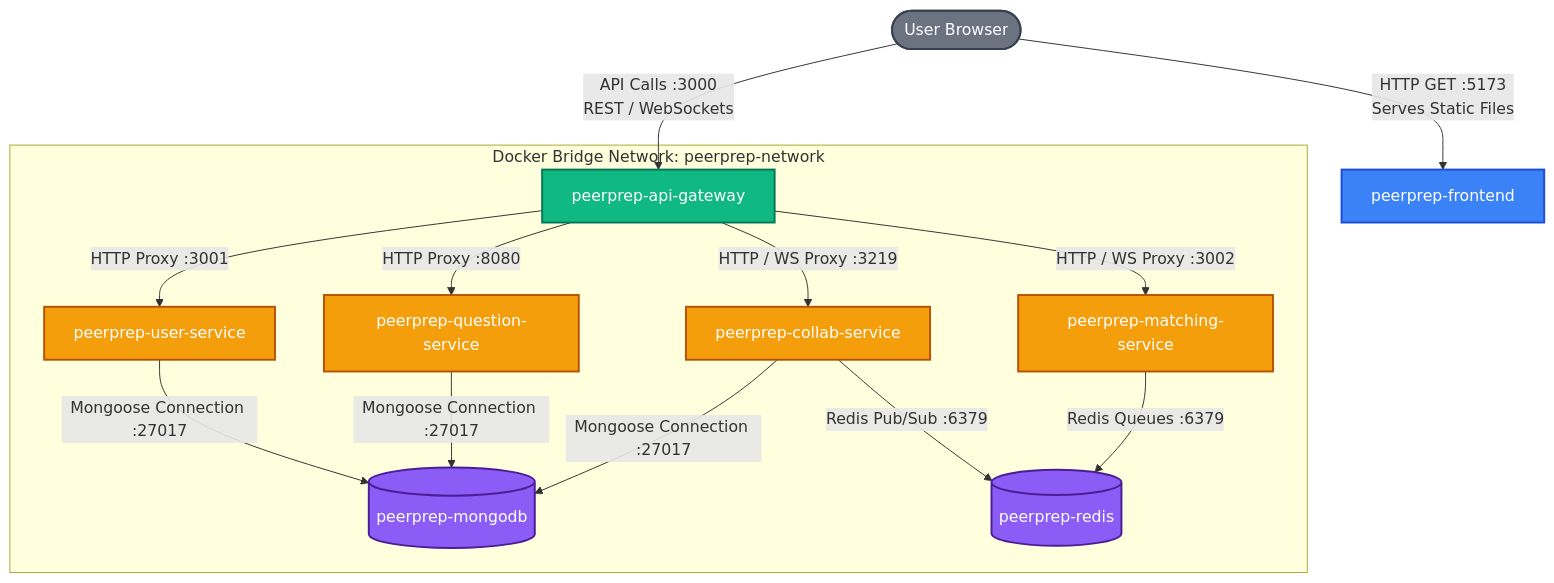
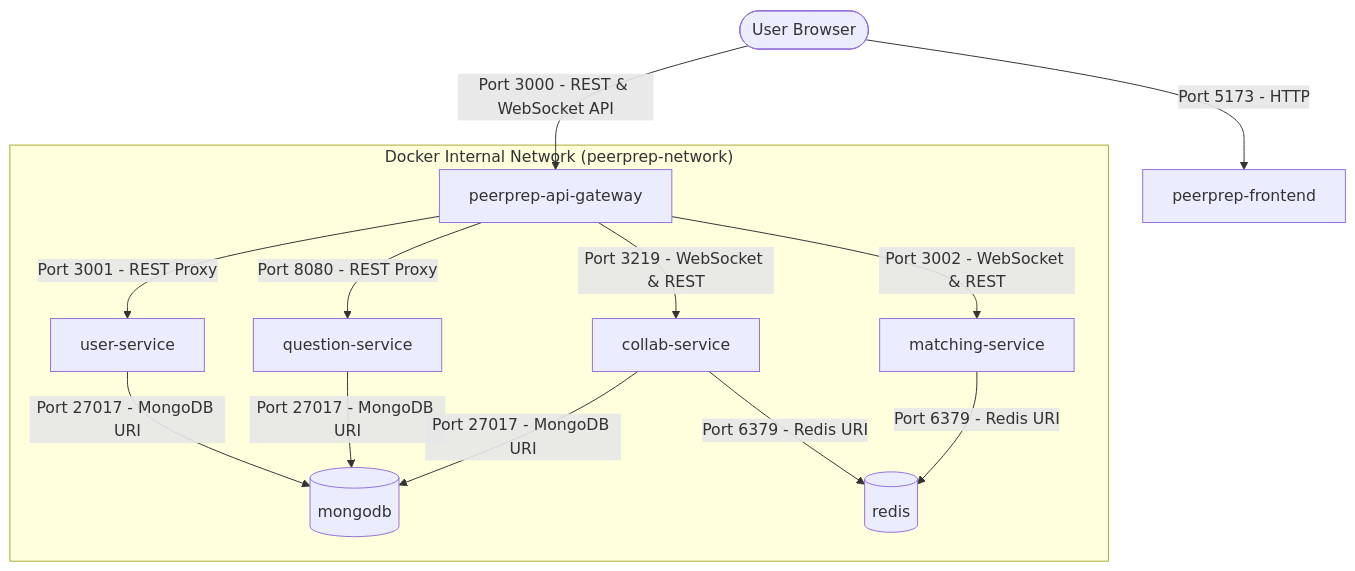
One commit to cjaycee/peerprep-g08 changed the diagram in containerization_report.md. Above: the diagram before and after it, drawn with Mermaid.

Commit message:
docs: simplify mermaid diagram

````diff
--- a/containerization_report.md
+++ b/containerization_report.md
@@ -58,25 +58,19 @@
 ```mermaid
 graph TD
-    classDef frontend fill:#3b82f6,stroke:#1d4ed8,stroke-width:2px,color:#fff;
-    classDef gateway fill:#10b981,stroke:#047857,stroke-width:2px,color:#fff;
-    classDef backend fill:#f59e0b,stroke:#b45309,stroke-width:2px,color:#fff;
-    classDef database fill:#8b5cf6,stroke:#4c1d95,stroke-width:2px,color:#fff;
-    classDef external fill:#6b7280,stroke:#374151,stroke-width:2px,color:#fff;
-
-    User([User Browser]):::external -->|HTTP GET :5173\nServes Static Files| Frontend[peerprep-frontend]:::frontend
-    User -->|API Calls :3000\nREST / WebSockets| Gateway[peerprep-api-gateway]:::gateway
+    User([User Browser]) -->|Port 5173 - HTTP| Frontend[peerprep-frontend]
+    User -->|Port 3000 - REST & WebSocket API| Gateway[peerprep-api-gateway]
     
-    subgraph Docker Internal Network [Docker Bridge Network: peerprep-network]
-        Gateway -->|HTTP Proxy :3001| UserSvc[peerprep-user-service]:::backend
-        Gateway -->|HTTP Proxy :8080| QuestionSvc[peerprep-question-service]:::backend
-        Gateway -->|HTTP / WS Proxy :3219| CollabSvc[peerprep-collab-service]:::backend
-        Gateway -->|HTTP / WS Proxy :3002| MatchingSvc[peerprep-matching-service]:::backend
+    subgraph "Docker Internal Network (peerprep-network)"
+        Gateway -->|Port 3001 - REST Proxy| UserSvc[user-service]
+        Gateway -->|Port 8080 - REST Proxy| QuestionSvc[question-service]
+        Gateway -->|Port 3219 - WebSocket & REST| CollabSvc[collab-service]
+        Gateway -->|Port 3002 - WebSocket & REST| MatchingSvc[matching-service]
         
-        UserSvc -->|Mongoose Connection :27017| MongoDB[(peerprep-mongodb)]:::database
-        QuestionSvc -->|Mongoose Connection :27017| MongoDB
-        CollabSvc -->|Mongoose Connection :27017| MongoDB
+        UserSvc -->|Port 27017 - MongoDB URI| MongoDB[(mongodb)]
+        QuestionSvc -->|Port 27017 - MongoDB URI| MongoDB
+        CollabSvc -->|Port 27017 - MongoDB URI| MongoDB
         
-        CollabSvc -->|Redis Pub/Sub :6379| Redis[(peerprep-redis)]:::database
-        MatchingSvc -->|Redis Queues :6379| Redis
+        CollabSvc -->|Port 6379 - Redis URI| Redis[(redis)]
+        MatchingSvc -->|Port 6379 - Redis URI| Redis
     end
 ```
````
